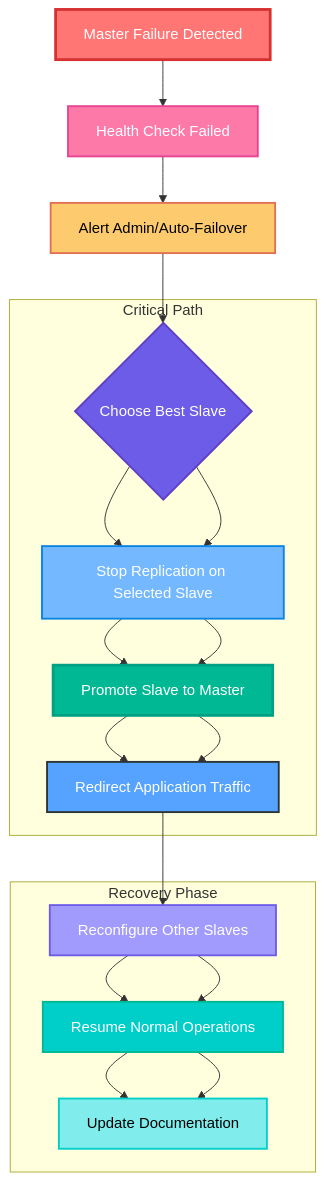
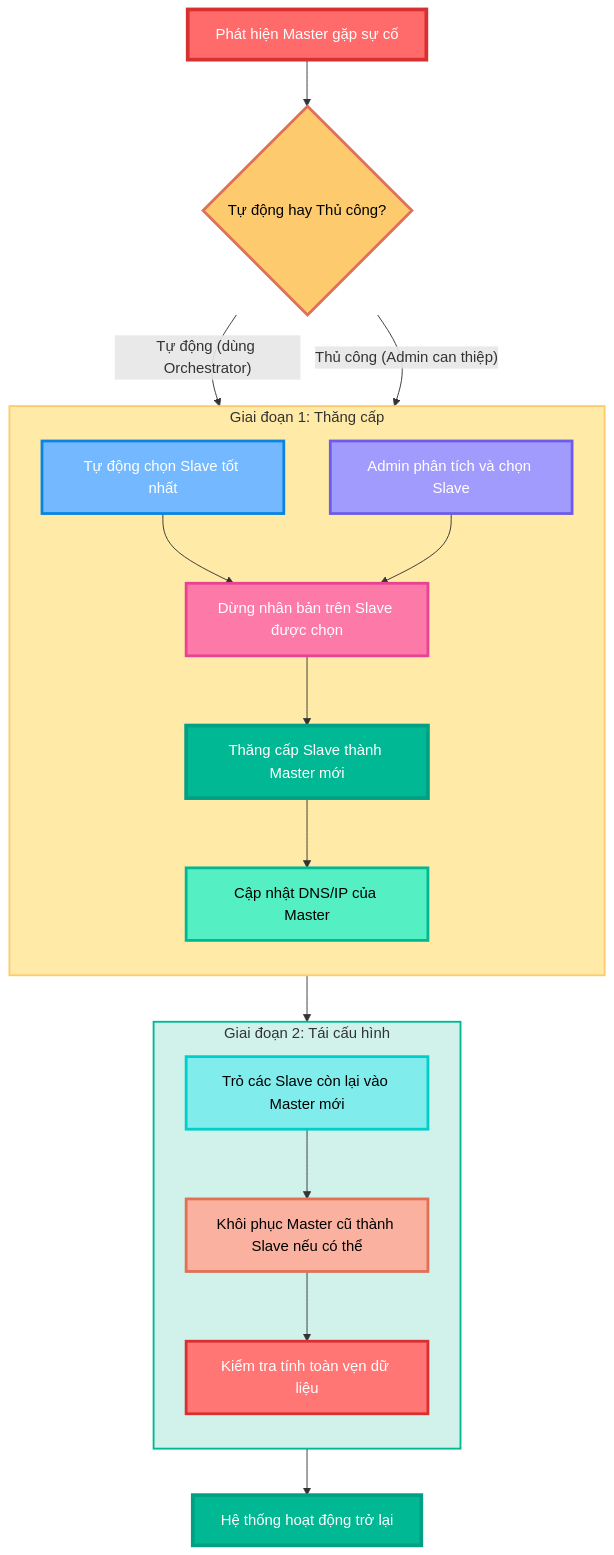
The eighth of 8 diagrams in master_slave.md (ngockhanhvd2812/DBA), drawn with Mermaid before and after one commit. The commit also changed other lines of this file, not shown here.

````diff
--- a/master_slave.md
+++ b/master_slave.md
@@ -270,32 +356,41 @@
 ```mermaid
 flowchart TD
-    A[Master Failure Detected] --> B[Health Check Failed]
-    B --> C[Alert Admin/Auto-Failover]
-    C --> D{Choose Best Slave}
-    D --> E[Stop Replication on Selected Slave]
-    E --> F[Promote Slave to Master]
-    F --> G[Redirect Application Traffic]
-    G --> H[Reconfigure Other Slaves]
-    H --> I[Resume Normal Operations]
-    I --> J[Update Documentation]
+    A[Phát hiện Master gặp sự cố] --> B{Tự động hay Thủ công?}
+    B -->|"Tự động (dùng Orchestrator)"| C[Tự động chọn Slave tốt nhất]
+    B -->|"Thủ công (Admin can thiệp)"| D[Admin phân tích và chọn Slave]
     
-    subgraph "Critical Path"
-        D --> E --> F --> G
+    subgraph P1 ["Giai đoạn 1: Thăng cấp"]
+        direction TB
+        C --> E[Dừng nhân bản trên Slave được chọn]
+        D --> E
+        E --> F[Thăng cấp Slave thành Master mới]
+        F --> G[Cập nhật DNS/IP của Master]
     end
+
+    subgraph P2 ["Giai đoạn 2: Tái cấu hình"]
+        direction TB
+        G --> H[Trỏ các Slave còn lại vào Master mới]
+        H --> I[Khôi phục Master cũ thành Slave nếu có thể]
+        I --> K[Kiểm tra tính toàn vẹn dữ liệu]
+    end
+
+    K --> J[Hệ thống hoạt động trở lại]
     
-    subgraph "Recovery Phase"
-        H --> I --> J
-    end
+    %% Styling với nhiều màu sắc
+    style A fill:#ff6b6b,stroke:#d63031,stroke-width:4px,color:white
+    style B fill:#fdcb6e,stroke:#e17055,stroke-width:3px,color:black
+    style C fill:#74b9ff,stroke:#0984e3,stroke-width:3px,color:white
+    style D fill:#a29bfe,stroke:#6c5ce7,stroke-width:3px,color:white
+    style E fill:#fd79a8,stroke:#e84393,stroke-width:3px,color:white
+    style F fill:#00b894,stroke:#00a085,stroke-width:4px,color:white
+    style G fill:#55efc4,stroke:#00b894,stroke-width:3px,color:black
+    style H fill:#81ecec,stroke:#00cec9,stroke-width:3px,color:black
+    style I fill:#fab1a0,stroke:#e17055,stroke-width:3px,color:black
+    style K fill:#ff7675,stroke:#d63031,stroke-width:3px,color:white
+    style J fill:#00b894,stroke:#00a085,stroke-width:4px,color:white
     
-    %% Styling với màu sắc phong phú
-    style A fill:#ff7675,stroke:#d63031,stroke-width:3px,color:#fff
-    style B fill:#fd79a8,stroke:#e84393,stroke-width:2px,color:#fff
-    style C fill:#fdcb6e,stroke:#e17055,stroke-width:2px,color:#000
-    style D fill:#6c5ce7,stroke:#5f3dc4,stroke-width:2px,color:#fff
-    style E fill:#74b9ff,stroke:#0984e3,stroke-width:2px,color:#fff
-    style F fill:#00b894,stroke:#00a085,stroke-width:3px,color:#fff
-    style G fill:#55a3ff,stroke:#2d3436,stroke-width:2px,color:#fff
-    style H fill:#a29bfe,stroke:#6c5ce7,stroke-width:2px,color:#fff
-    style I fill:#00cec9,stroke:#00b894,stroke-width:2px,color:#fff
-    style J fill:#81ecec,stroke:#00cec9,stroke-width:2px,color:#000
+    %% Styling cho subgraph
+    style P1 fill:#ffeaa7,stroke:#fdcb6e,stroke-width:2px
+    style P2 fill:#d1f2eb,stroke:#00b894,stroke-width:2px
+
 ```
````
